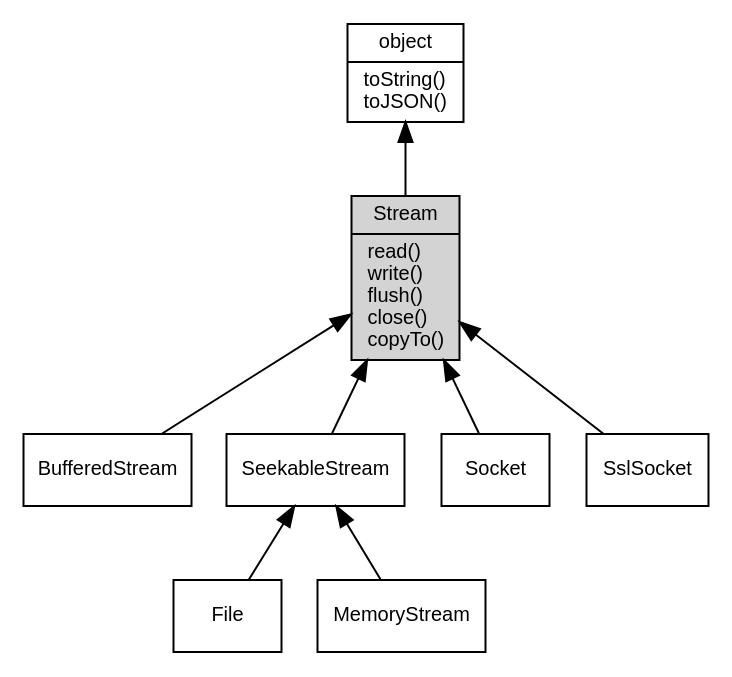
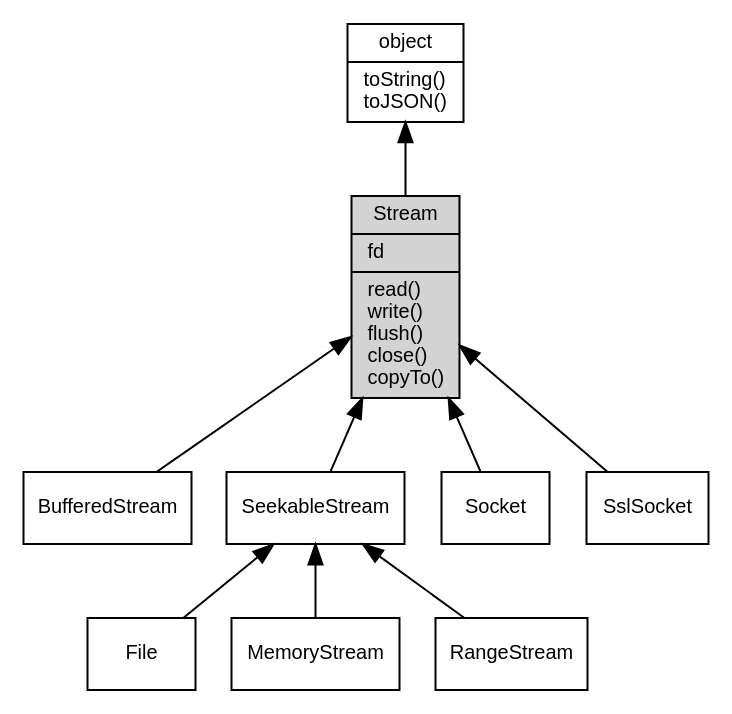
Before and after one commit to fibjs/fibjs.org: the diagram in docs/manual/object/ifs/Stream.md, drawn with Graphviz. The commit also changed other lines of this file and 49 other files, not shown here.

````diff
--- a/docs/manual/object/ifs/Stream.md
+++ b/docs/manual/object/ifs/Stream.md
@@ -7,22 +7,24 @@
 ```dot
 digraph {
     node [fontname="Helvetica,sans-Serif", fontsize=10, shape="record", style="filled", fillcolor="white"];
 
     object [tooltip="object", URL="object.md", label="{object|toString()\ltoJSON()\l}"];
-    Stream [tooltip="Stream", fillcolor="lightgray", id="me", label="{Stream|read()\lwrite()\lflush()\lclose()\lcopyTo()\l}"];
+    Stream [tooltip="Stream", fillcolor="lightgray", id="me", label="{Stream|fd\l|read()\lwrite()\lflush()\lclose()\lcopyTo()\l}"];
     BufferedStream [tooltip="BufferedStream", URL="BufferedStream.md", label="{BufferedStream}"];
     SeekableStream [tooltip="SeekableStream", URL="SeekableStream.md", label="{SeekableStream}"];
     File [tooltip="File", URL="File.md", label="{File}"];
     MemoryStream [tooltip="MemoryStream", URL="MemoryStream.md", label="{MemoryStream}"];
+    RangeStream [tooltip="RangeStream", URL="RangeStream.md", label="{RangeStream}"];
     Socket [tooltip="Socket", URL="Socket.md", label="{Socket}"];
     SslSocket [tooltip="SslSocket", URL="SslSocket.md", label="{SslSocket}"];
 
     object -> Stream [dir=back];
     Stream -> BufferedStream [dir=back];
     Stream -> SeekableStream [dir=back];
     SeekableStream -> File [dir=back];
     SeekableStream -> MemoryStream [dir=back];
+    SeekableStream -> RangeStream [dir=back];
     Stream -> Socket [dir=back];
     Stream -> SslSocket [dir=back];
 }
 ```
````
